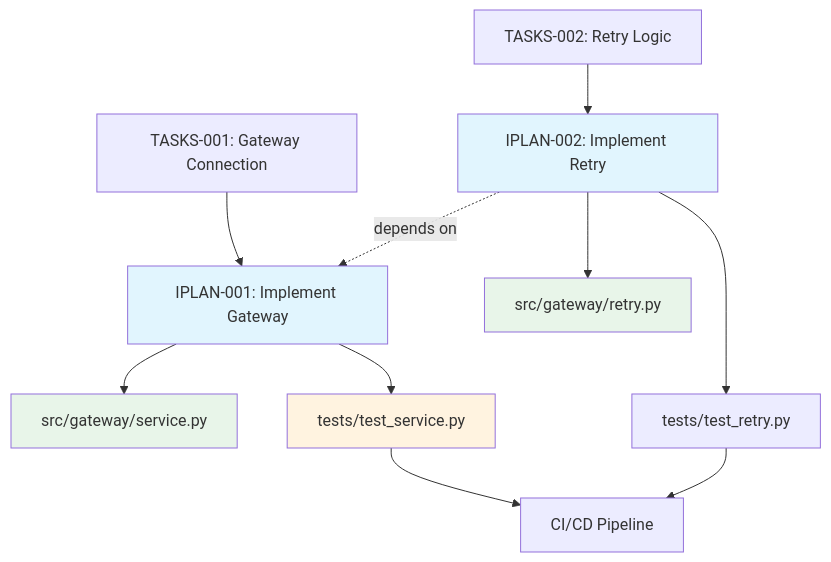
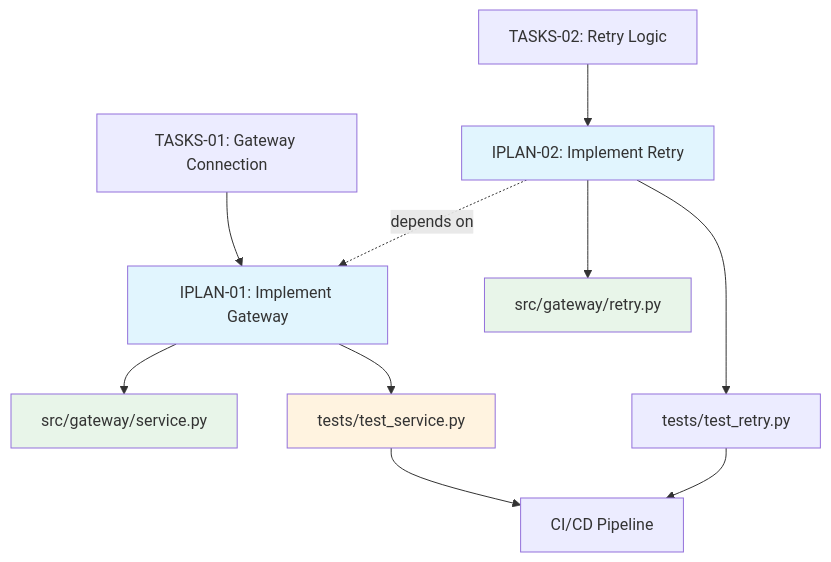
One commit to vladm3105/aidoc-flow-framework changed the second of 2 diagrams in ai_dev_flow/IPLAN/IPLAN-000_TRACEABILITY_MATRIX-TEMPLATE.md. Above: the diagram before and after it, drawn with Mermaid. The commit also changed other lines of this file and 215 other files, not shown here.

````diff
--- a/ai_dev_flow/IPLAN/IPLAN-000_TRACEABILITY_MATRIX-TEMPLATE.md
+++ b/ai_dev_flow/IPLAN/IPLAN-000_TRACEABILITY_MATRIX-TEMPLATE.md
@@ -488,22 +488,22 @@
 ```mermaid
 graph TD
-    TASKS001[TASKS-001: Gateway Connection] --> TP001[IPLAN-001: Implement Gateway]
-    TASKS002[TASKS-002: Retry Logic] --> TP002[IPLAN-002: Implement Retry]
+    TASKS001[TASKS-01: Gateway Connection] --> TP001[IPLAN-01: Implement Gateway]
+    TASKS002[TASKS-02: Retry Logic] --> TP002[IPLAN-02: Implement Retry]
 
     TP001 --> Code1[src/gateway/service.py]
     TP001 --> Tests1[tests/test_service.py]
 
     TP002 --> Code2[src/gateway/retry.py]
     TP002 --> Tests2[tests/test_retry.py]
 
     TP002 -.depends on.-> TP001
 
     Tests1 --> CI[CI/CD Pipeline]
     Tests2 --> CI
 
     style TP001 fill:#e1f5fe
     style TP002 fill:#e1f5fe
     style Code1 fill:#e8f5e9
     style Code2 fill:#e8f5e9
     style Tests1 fill:#fff3e0
 ```
````
